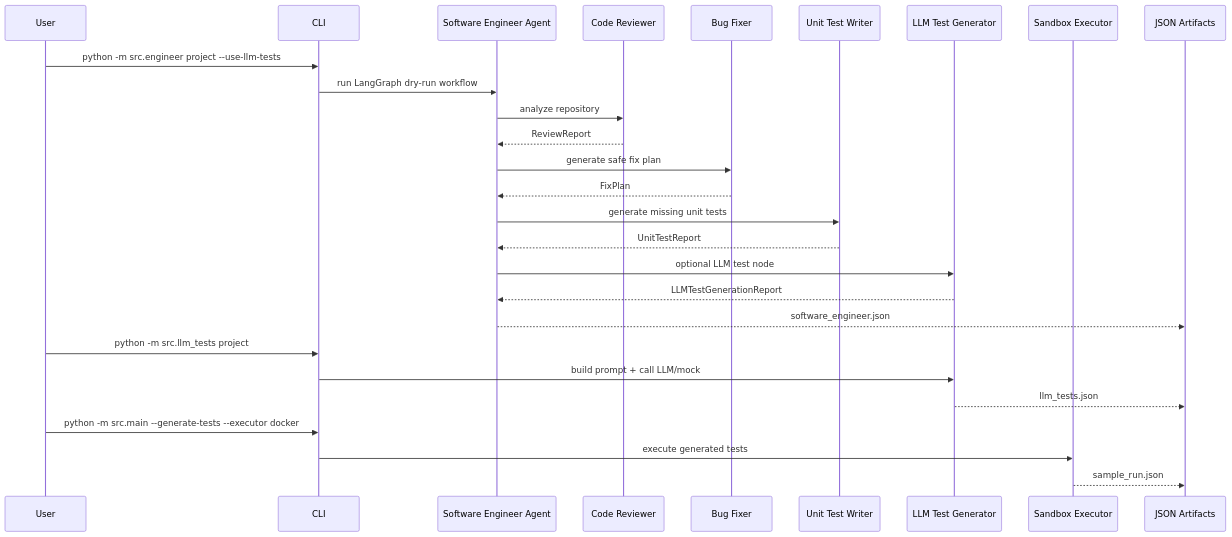
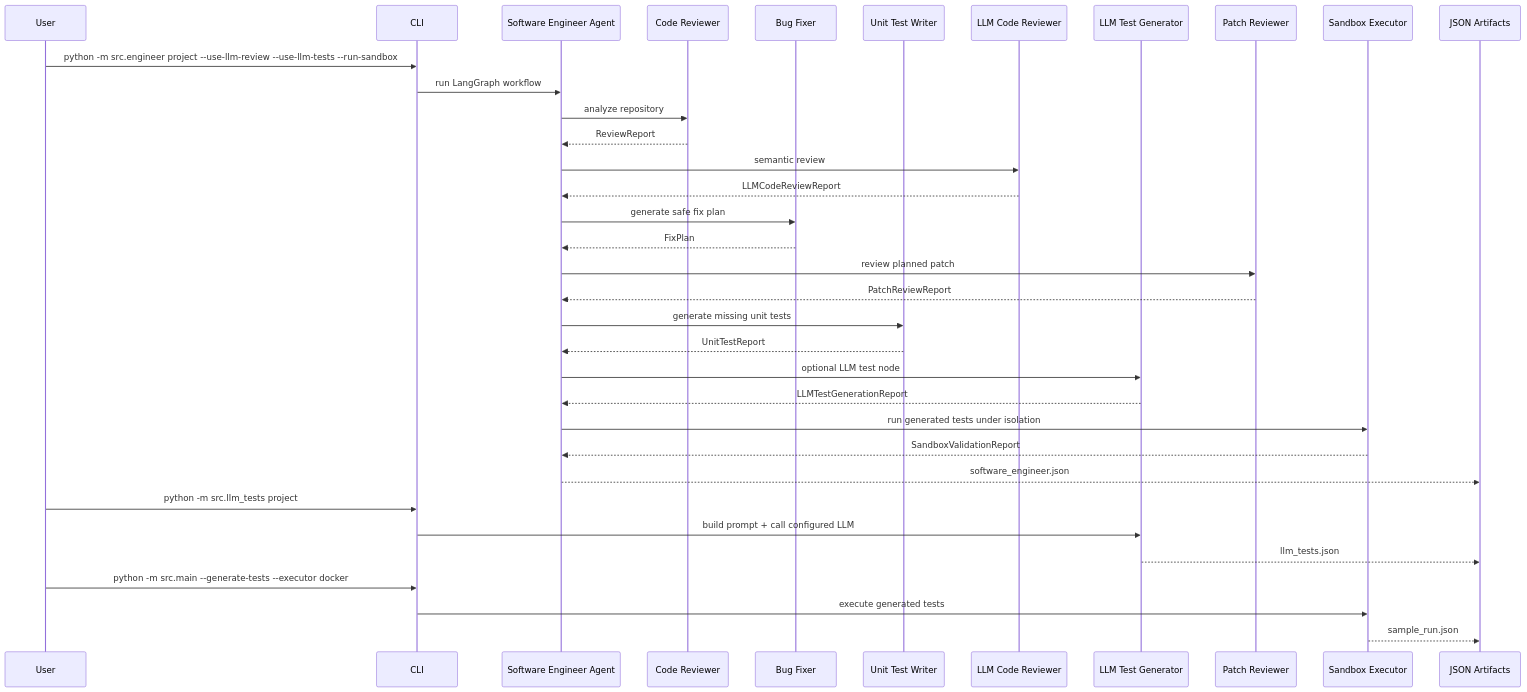
One commit to Isaacsen/cs599-project changed the third of 3 diagrams in docs/architecture.md. Above: the diagram before and after it, drawn with Mermaid. The commit also changed other lines of this file and 32 other files, not shown here.

Commit message:
Expand software engineer agent workflow

````diff
--- a/docs/architecture.md
+++ b/docs/architecture.md
@@ -151,32 +156,40 @@
 ```mermaid
 sequenceDiagram
     participant User
     participant CLI
     participant SE as Software Engineer Agent
     participant Review as Code Reviewer
     participant Fix as Bug Fixer
     participant Unit as Unit Test Writer
+    participant LLMReview as LLM Code Reviewer
     participant LLM as LLM Test Generator
+    participant Patch as Patch Reviewer
     participant Sandbox as Sandbox Executor
     participant Obs as JSON Artifacts
 
-    User->>CLI: python -m src.engineer project --use-llm-tests
-    CLI->>SE: run LangGraph dry-run workflow
+    User->>CLI: python -m src.engineer project --use-llm-review --use-llm-tests --run-sandbox
+    CLI->>SE: run LangGraph workflow
     SE->>Review: analyze repository
     Review-->>SE: ReviewReport
+    SE->>LLMReview: semantic review
+    LLMReview-->>SE: LLMCodeReviewReport
     SE->>Fix: generate safe fix plan
     Fix-->>SE: FixPlan
+    SE->>Patch: review planned patch
+    Patch-->>SE: PatchReviewReport
     SE->>Unit: generate missing unit tests
     Unit-->>SE: UnitTestReport
     SE->>LLM: optional LLM test node
     LLM-->>SE: LLMTestGenerationReport
+    SE->>Sandbox: run generated tests under isolation
+    Sandbox-->>SE: SandboxValidationReport
     SE-->>Obs: software_engineer.json
 
     User->>CLI: python -m src.llm_tests project
-    CLI->>LLM: build prompt + call LLM/mock
+    CLI->>LLM: build prompt + call configured LLM
     LLM-->>Obs: llm_tests.json
 
     User->>CLI: python -m src.main --generate-tests --executor docker
     CLI->>Sandbox: execute generated tests
     Sandbox-->>Obs: sample_run.json
 ```
````
